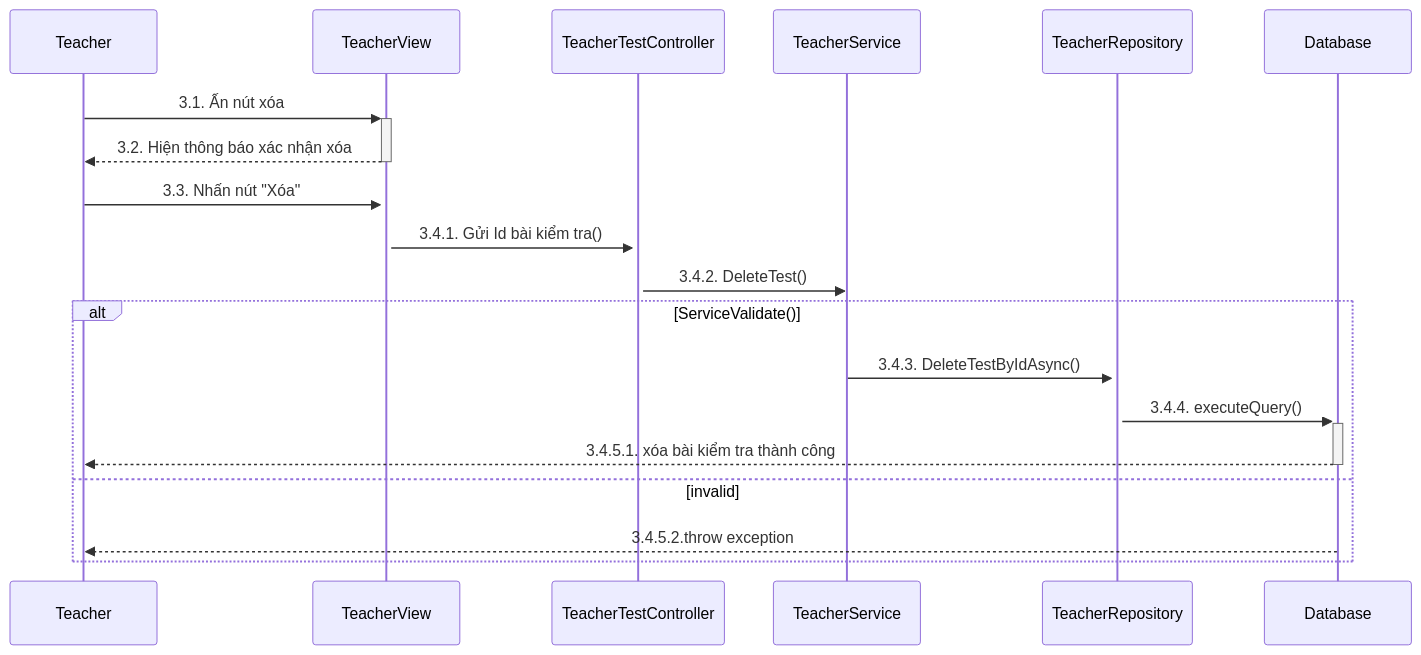
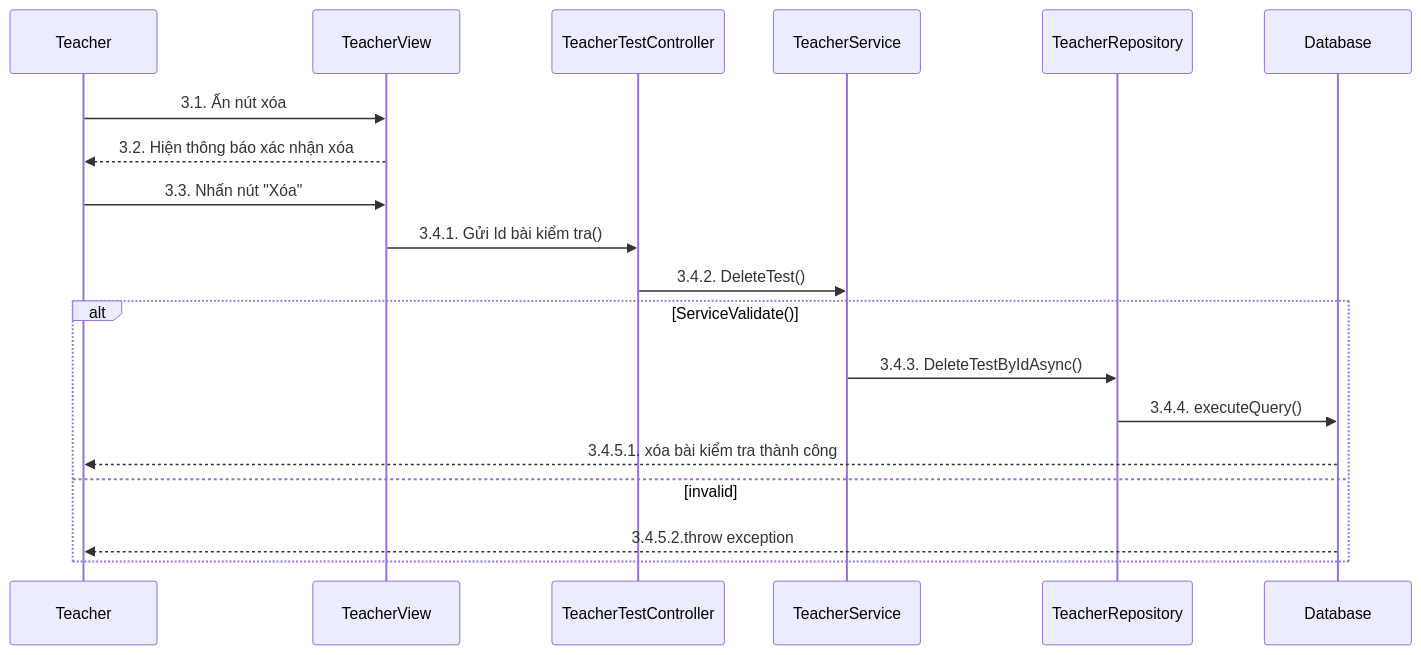
The diagram in sequence/teacher/Sequence-2-3.GiangVienXoaBaiKiemTra.mmd (LienNTB/sequence-CNPM), drawn with Mermaid before and after one commit. The commit also changed 10 other files, not shown here.

```diff
--- a/sequence/teacher/Sequence-2-3.GiangVienXoaBaiKiemTra.mmd
+++ b/sequence/teacher/Sequence-2-3.GiangVienXoaBaiKiemTra.mmd
@@ -1,22 +1,22 @@
 
 sequenceDiagram
     participant Teacher
     participant TeacherView
     participant TeacherTestController
     participant TeacherService
     participant TeacherRepository
     participant Database
 
-    Teacher->>+TeacherView: 3.1. Ấn nút xóa
-    TeacherView-->>-Teacher: 3.2. Hiện thông báo xác nhận xóa
-    Teacher->>+TeacherView: 3.3. Nhấn nút "Xóa"
-    TeacherView->>+TeacherTestController: 3.4.1. Gửi Id bài kiểm tra()
+    Teacher->>TeacherView: 3.1. Ấn nút xóa
+    TeacherView-->>Teacher: 3.2. Hiện thông báo xác nhận xóa
+    Teacher->>TeacherView: 3.3. Nhấn nút "Xóa"
+    TeacherView->>TeacherTestController: 3.4.1. Gửi Id bài kiểm tra()
     TeacherTestController->>TeacherService: 3.4.2. DeleteTest()
     alt ServiceValidate()
-        TeacherService->>+TeacherRepository: 3.4.3. DeleteTestByIdAsync()
-        TeacherRepository->>+Database: 3.4.4. executeQuery()
+        TeacherService->>TeacherRepository: 3.4.3. DeleteTestByIdAsync()
+        TeacherRepository->>Database: 3.4.4. executeQuery()
 
-        Database-->>-Teacher: 3.4.5.1. xóa bài kiểm tra thành công
+        Database-->>Teacher: 3.4.5.1. xóa bài kiểm tra thành công
     else invalid
         Database-->>Teacher: 3.4.5.2.throw exception
     end
```
